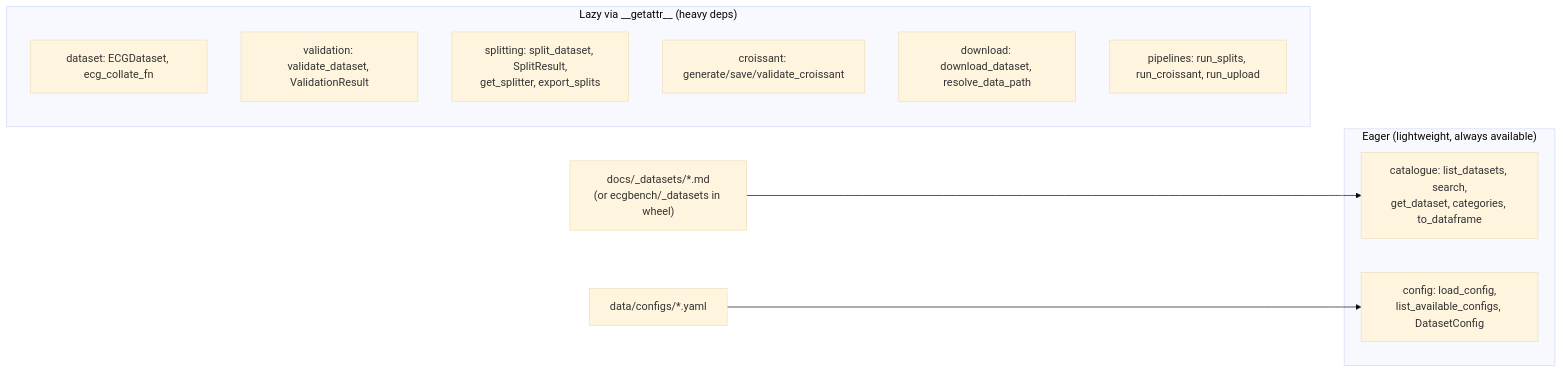
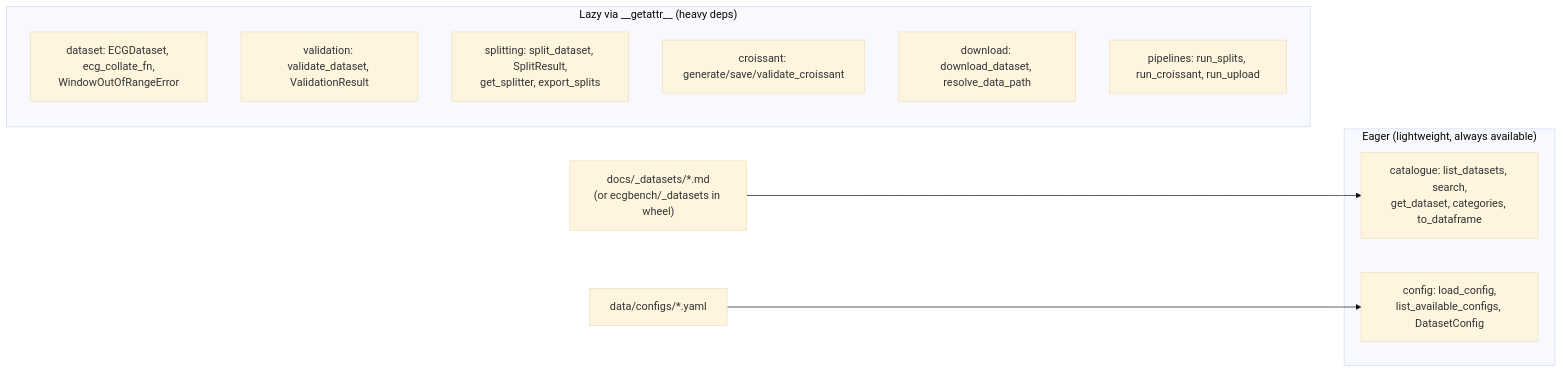
Diagram 16 of 17 in ECGBench_architecture/ARCHITECTURE.md (vlbthambawita/ECGBench), drawn with Mermaid (base theme) before and after one commit. The commit also changed other lines of this file and 6 other files, not shown here.

````diff
--- a/ECGBench_architecture/ARCHITECTURE.md
+++ b/ECGBench_architecture/ARCHITECTURE.md
@@ -517,19 +532,19 @@
 ```mermaid
 flowchart LR
     subgraph eager["Eager (lightweight, always available)"]
         cat["catalogue: list_datasets, search,<br/>get_dataset, categories, to_dataframe"]
         cfg["config: load_config,<br/>list_available_configs, DatasetConfig"]
     end
 
     subgraph lazy["Lazy via __getattr__ (heavy deps)"]
-        ds["dataset: ECGDataset, ecg_collate_fn"]
+        ds["dataset: ECGDataset, ecg_collate_fn,<br/>WindowOutOfRangeError"]
         val["validation: validate_dataset, ValidationResult"]
         spl["splitting: split_dataset, SplitResult,<br/>get_splitter, export_splits"]
         crs["croissant: generate/save/validate_croissant"]
         dld["download: download_dataset, resolve_data_path"]
         pipe["pipelines: run_splits, run_croissant, run_upload"]
     end
 
     src["docs/_datasets/*.md<br/>(or ecgbench/_datasets in wheel)"] --> cat
     yaml["data/configs/*.yaml"] --> cfg
 ```
````
